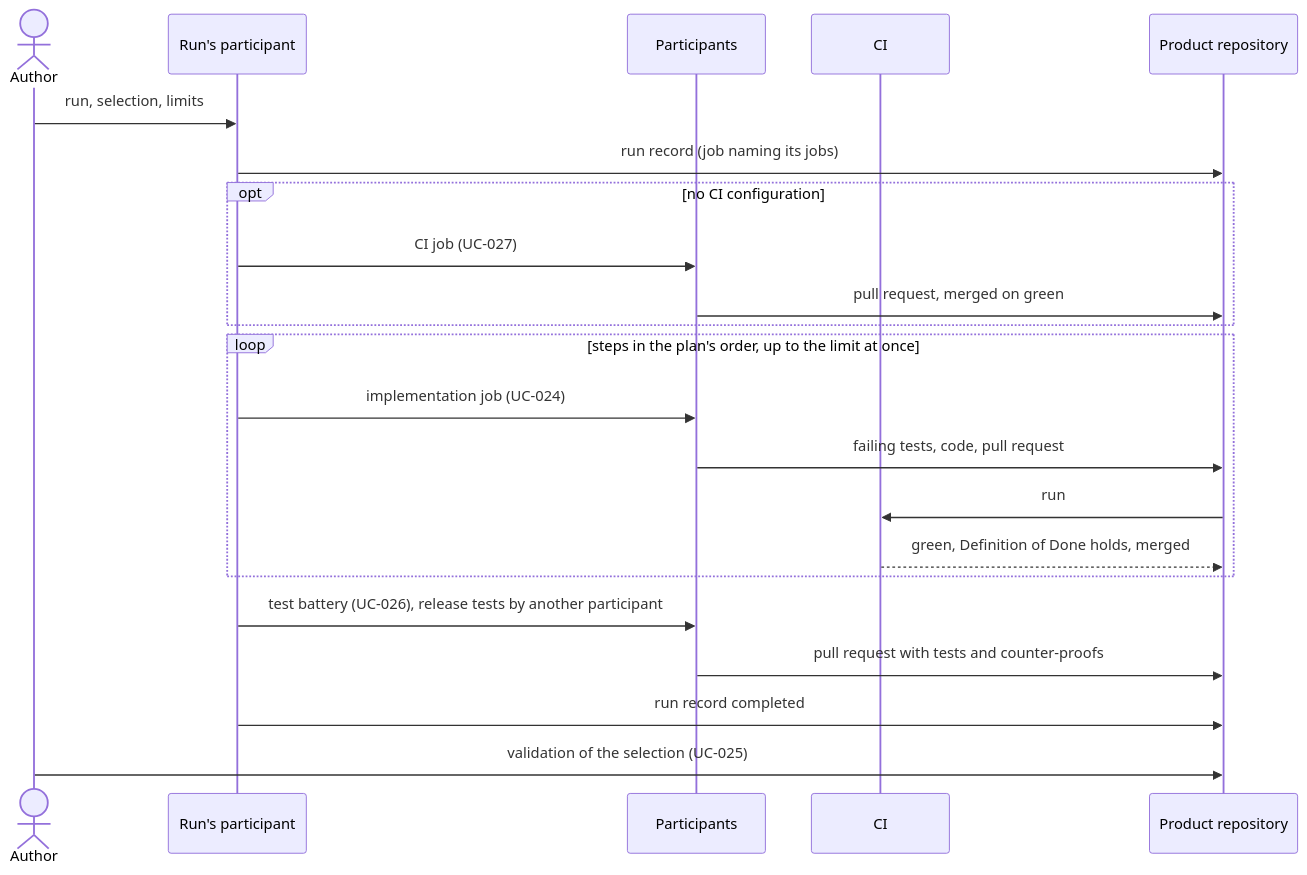
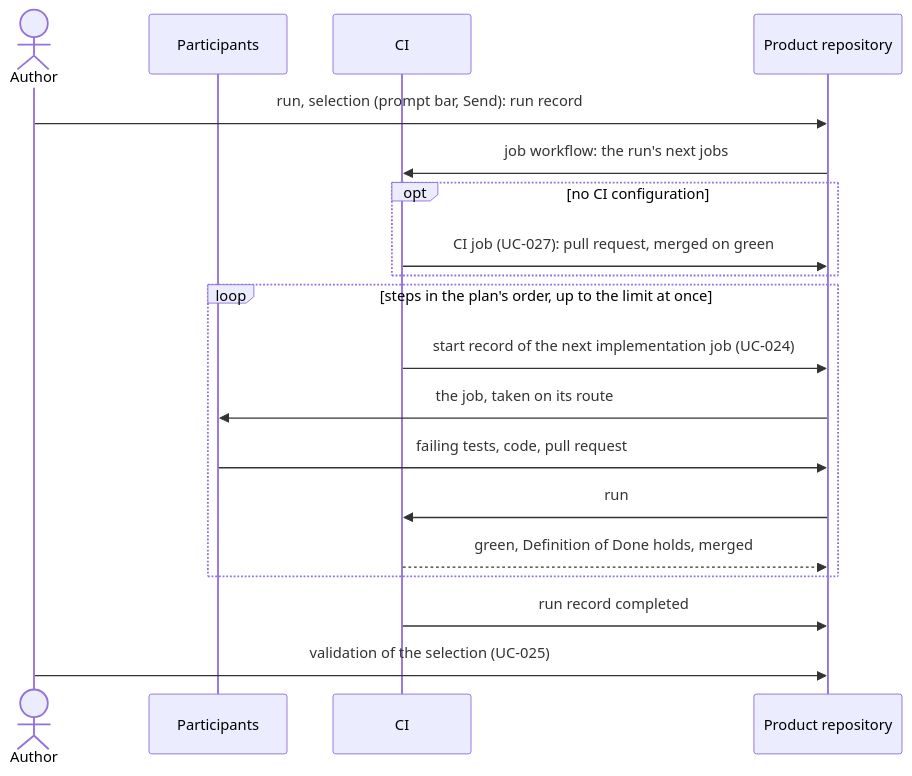
Before and after one commit to akmaier/agent-m: the diagram in docs/use-cases/UC-043-run-the-process-over-a-selection.md, drawn with Mermaid. The commit also changed other lines of this file and 9 other files, not shown here.

````diff
--- a/docs/use-cases/UC-043-run-the-process-over-a-selection.md
+++ b/docs/use-cases/UC-043-run-the-process-over-a-selection.md
@@ -102,24 +104,21 @@
 ```mermaid
 sequenceDiagram
     actor A as Author
-    participant R as Run's participant
     participant P as Participants
     participant C as CI
     participant G as Product repository
-    A->>R: run, selection, limits
-    R->>G: run record (job naming its jobs)
+    A->>G: run, selection (prompt bar, Send): run record
+    G->>C: job workflow: the run's next jobs
     opt no CI configuration
-        R->>P: CI job (UC-027)
-        P->>G: pull request, merged on green
+        C->>G: CI job (UC-027): pull request, merged on green
     end
     loop steps in the plan's order, up to the limit at once
-        R->>P: implementation job (UC-024)
+        C->>G: start record of the next implementation job (UC-024)
+        G->>P: the job, taken on its route
         P->>G: failing tests, code, pull request
         G->>C: run
         C-->>G: green, Definition of Done holds, merged
     end
-    R->>P: test battery (UC-026), release tests by another participant
-    P->>G: pull request with tests and counter-proofs
-    R->>G: run record completed
+    C->>G: run record completed
     A->>G: validation of the selection (UC-025)
 ```
````
